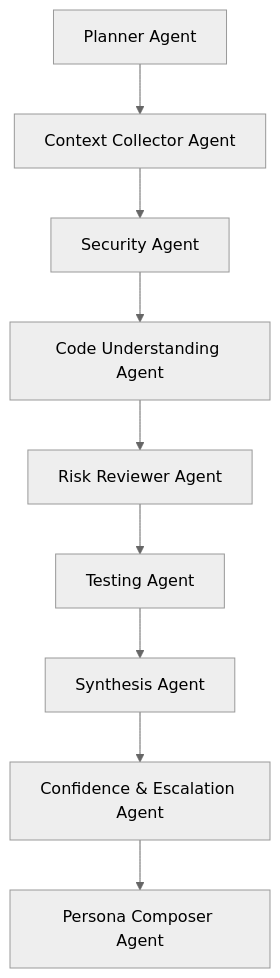
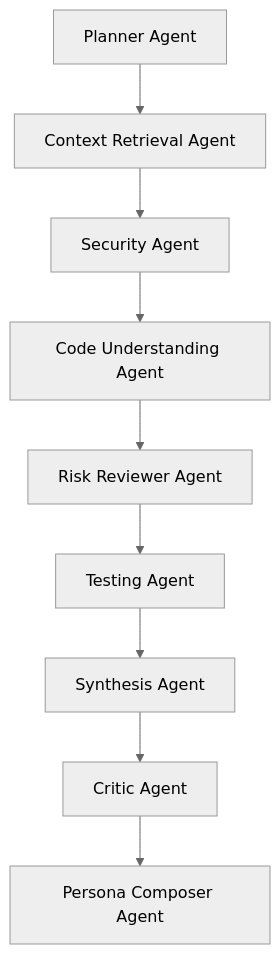
One commit to baeGil/lab_6_hackathon changed the diagram in docs/ai-agents.md. Above: the diagram before and after it, drawn with Mermaid (neutral theme). The commit also changed other lines of this file and 14 other files, not shown here.

````diff
--- a/docs/ai-agents.md
+++ b/docs/ai-agents.md
@@ -6,11 +6,11 @@
 ```mermaid
 flowchart TD
-    A[Planner Agent] --> B[Context Collector Agent]
+    A[Planner Agent] --> B[Context Retrieval Agent]
     B --> C[Security Agent]
     C --> D[Code Understanding Agent]
     D --> E[Risk Reviewer Agent]
     E --> F[Testing Agent]
     F --> G[Synthesis Agent]
-    G --> H[Confidence & Escalation Agent]
+    G --> H[Critic Agent]
     H --> I[Persona Composer Agent]
 ```
````
